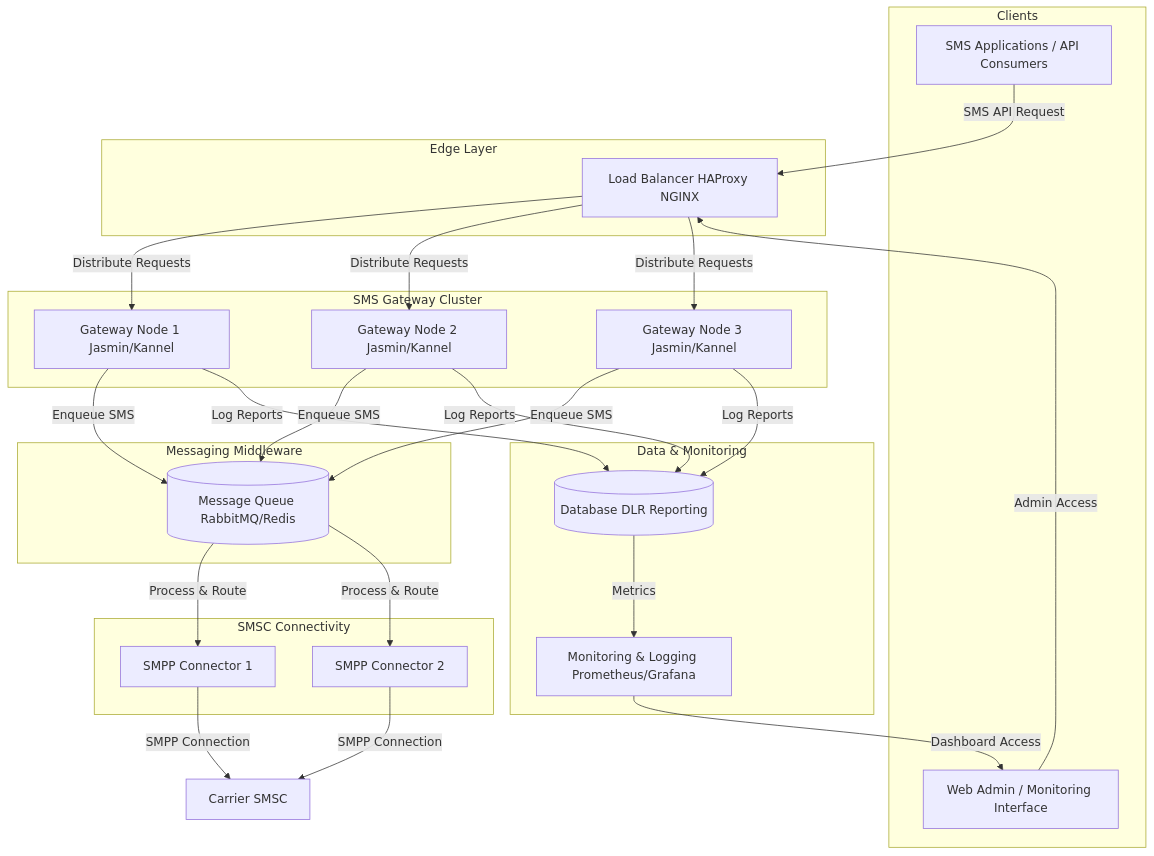
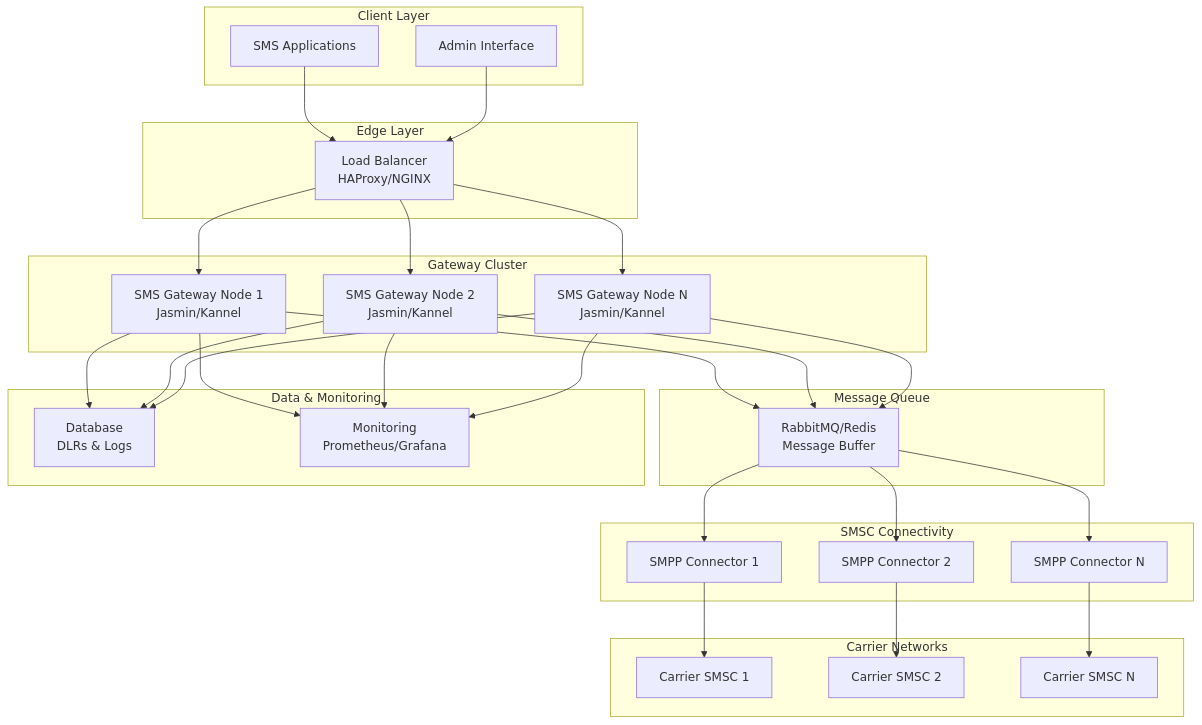
The diagram in src/content/posts/architecture/high-performance-sms-gateway-architecture.md (mranv/blogs), drawn with Mermaid before and after one commit. The commit also changed other lines of this file and 117 other files, not shown here.

````diff
--- a/src/content/posts/architecture/high-performance-sms-gateway-architecture.md
+++ b/src/content/posts/architecture/high-performance-sms-gateway-architecture.md
@@ -24,66 +67,59 @@
 ```mermaid
-flowchart TD
-  %% External Clients and SMS Requests
-  subgraph Clients
-    A[SMS Applications / API Consumers]
-    B[Web Admin / Monitoring Interface]
-  end
+graph TB
+    subgraph "Client Layer"
+        A[SMS Applications]
+        B[Admin Interface]
+    end
 
-  %% Edge: Load Balancing
-  subgraph EdgeLayer["Edge Layer"]
-    LB[Load Balancer HAProxy NGINX]
-  end
+    subgraph "Edge Layer"
+        C[Load Balancer<br/>HAProxy/NGINX]
+    end
 
-  %% SMS Gateway Cluster (Multiple nodes running the SMS Gateway software)
-  subgraph SMSGatewayCluster["SMS Gateway Cluster"]
-    G1[Gateway Node 1 Jasmin/Kannel]
-    G2[Gateway Node 2 Jasmin/Kannel]
-    G3[Gateway Node 3 Jasmin/Kannel]
-  end
+    subgraph "Gateway Cluster"
+        D[SMS Gateway Node 1<br/>Jasmin/Kannel]
+        E[SMS Gateway Node 2<br/>Jasmin/Kannel]
+        F[SMS Gateway Node N<br/>Jasmin/Kannel]
+    end
 
-  %% Internal Message Queuing for throughput & DLR tracking
-  subgraph MessagingMiddleware["Messaging Middleware"]
-    MQ[(Message Queue RabbitMQ/Redis)]
-  end
+    subgraph "Message Queue"
+        G[RabbitMQ/Redis<br/>Message Buffer]
+    end
 
-  %% SMPP Connectivity to Carrier SMSCs
-  subgraph SMSCConnectivity["SMSC Connectivity"]
-    S1[SMPP Connector 1]
-    S2[SMPP Connector 2]
-  end
+    subgraph "SMSC Connectivity"
+        H[SMPP Connector 1]
+        I[SMPP Connector 2]
+        J[SMPP Connector N]
+    end
 
-  %% Persistent Storage and Monitoring
-  subgraph DataMonitoring["Data & Monitoring"]
-    DB[(Database DLR Reporting)]
-    MON[Monitoring & Logging Prometheus/Grafana]
-  end
+    subgraph "Carrier Networks"
+        K[Carrier SMSC 1]
+        L[Carrier SMSC 2]
+        M[Carrier SMSC N]
+    end
 
-  %% Flow connections
-  A -->|SMS API Request| LB
-  B -->|Admin Access| LB
-  LB -->|Distribute Requests| G1
-  LB -->|Distribute Requests| G2
-  LB -->|Distribute Requests| G3
+    subgraph "Data & Monitoring"
+        N[Database<br/>DLRs & Logs]
+        O[Monitoring<br/>Prometheus/Grafana]
+    end
 
-  %% SMS Gateway nodes enqueue messages for processing
-  G1 -->|Enqueue SMS| MQ
-  G2 -->|Enqueue SMS| MQ
-  G3 -->|Enqueue SMS| MQ
-
-  %% Message Queue routes messages to SMPP connectors
-  MQ -->|Process & Route| S1
-  MQ -->|Process & Route| S2
-
-  %% SMPP Connectors use SMPP to forward messages to Carrier SMSCs
-  S1 -->|SMPP Connection| SMSC[Carrier SMSC]
-  S2 -->|SMPP Connection| SMSC
-
-  %% Gateway nodes also log DLRs and transaction data
-  G1 -->|Log Reports| DB
-  G2 -->|Log Reports| DB
-  G3 -->|Log Reports| DB
-
-  %% Database data is used for real-time monitoring and alerting
-  DB -->|Metrics| MON
-  MON -->|Dashboard Access| B
+    A --> C
+    B --> C
+    C --> D
+    C --> E
+    C --> F
+    D --> G
+    E --> G
+    F --> G
+    G --> H
+    G --> I
+    G --> J
+    H --> K
+    I --> L
+    J --> M
+    D --> N
+    E --> N
+    F --> N
+    D --> O
+    E --> O
+    F --> O
 ```
````
